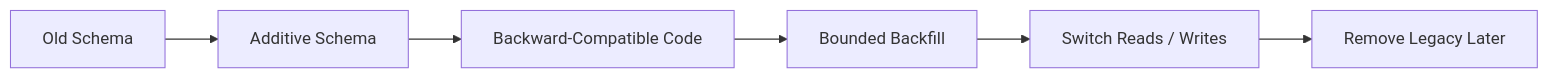
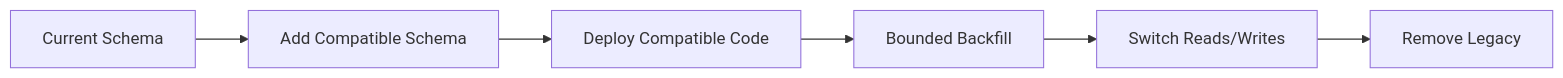
The diagram in docs/data/migration-policy.md (D-engahmed/OMILINKS), drawn with Mermaid before and after one commit. The commit also changed other lines of this file and 3 other files, not shown here.

```diff
--- a/docs/data/migration-policy.md
+++ b/docs/data/migration-policy.md
@@ -11,8 +9,8 @@
 ~~~mermaid
 flowchart LR
-OLD[Old Schema] --> EXPAND[Additive Schema]
-EXPAND --> COMPAT[Backward-Compatible Code]
-COMPAT --> BACKFILL[Bounded Backfill]
-BACKFILL --> SWITCH[Switch Reads / Writes]
-SWITCH --> CONTRACT[Remove Legacy Later]
+OLD[Current Schema] --> EXPAND[Add Compatible Schema]
+EXPAND --> DEPLOY[Deploy Compatible Code]
+DEPLOY --> BACKFILL[Bounded Backfill]
+BACKFILL --> SWITCH[Switch Reads/Writes]
+SWITCH --> CONTRACT[Remove Legacy]
 ~~~
```
